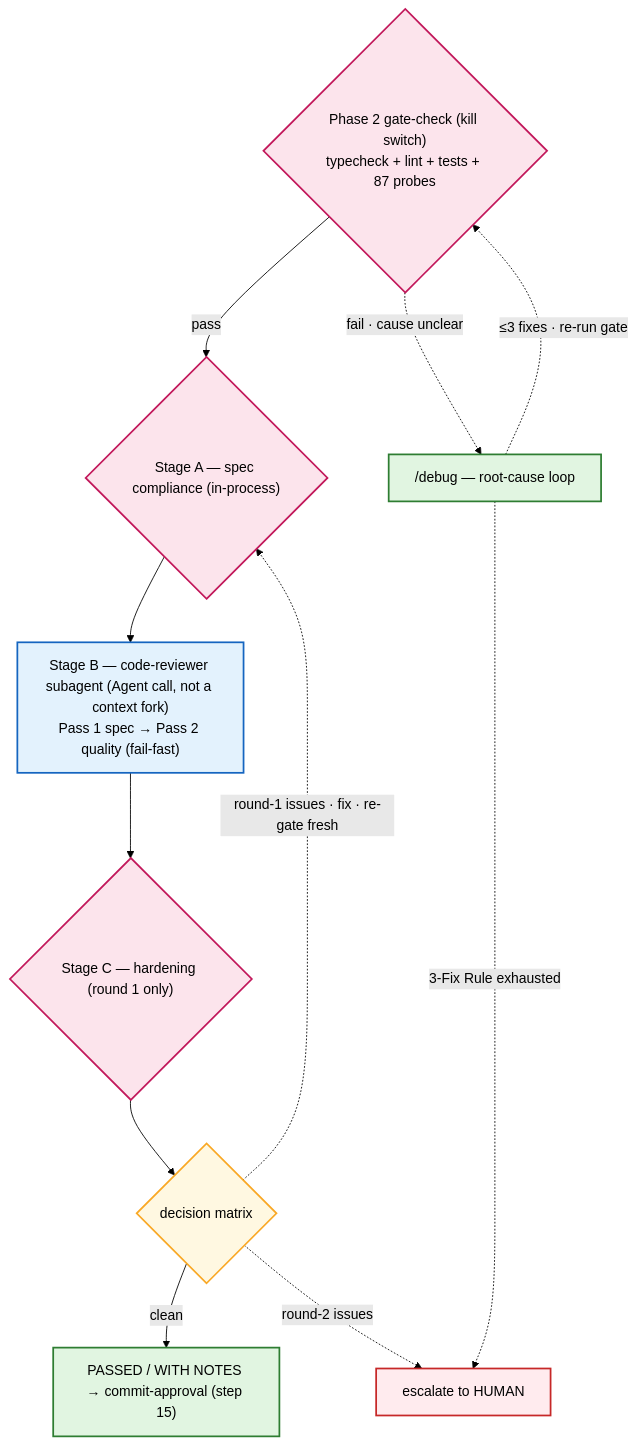
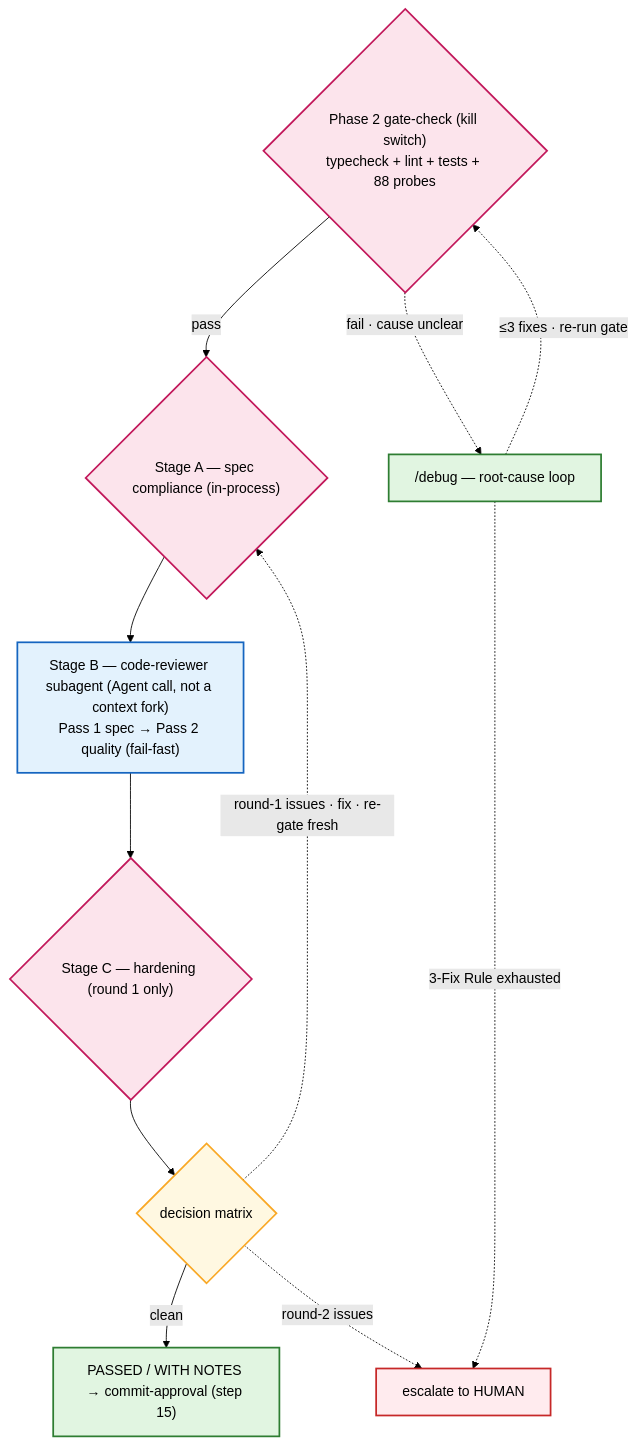
The fourth of 6 diagrams in plugins/dev-process-toolkit/docs/workflow-overview.md (nesquikm/dev-process-toolkit), drawn with Mermaid (forest theme) before and after one commit. The commit also changed other lines of this file and 35 other files, not shown here.

````diff
--- a/plugins/dev-process-toolkit/docs/workflow-overview.md
+++ b/plugins/dev-process-toolkit/docs/workflow-overview.md
@@ -124,25 +124,25 @@
 ```mermaid
 flowchart TD
     classDef eval fill:#fce4ec,stroke:#c2185b,stroke-width:2px,color:#000
     classDef fork fill:#e3f2fd,stroke:#1565c0,stroke-width:2px,color:#000
     classDef gate fill:#fff8e1,stroke:#f9a825,stroke-width:2px,color:#000
     classDef skill fill:#e1f5e1,stroke:#2e7d32,stroke-width:2px,color:#000
     classDef esc fill:#ffebee,stroke:#c62828,stroke-width:2px,color:#000
 
-    gate{"Phase 2 gate-check (kill switch)<br/>typecheck + lint + tests + 87 probes"}:::eval
+    gate{"Phase 2 gate-check (kill switch)<br/>typecheck + lint + tests + 88 probes"}:::eval
     debug["/debug — root-cause loop"]:::skill
     stageA{"Stage A — spec compliance (in-process)"}:::eval
     stageB["Stage B — code-reviewer subagent (Agent call, not a context fork)<br/>Pass 1 spec → Pass 2 quality (fail-fast)"]:::fork
     stageC{"Stage C — hardening (round 1 only)"}:::eval
     decide{"decision matrix"}:::gate
     pass["PASSED / WITH NOTES → commit-approval (step 15)"]:::skill
     esc["escalate to HUMAN"]:::esc
 
     gate -->|"pass"| stageA --> stageB --> stageC --> decide
     gate -.->|"fail · cause unclear"| debug
     debug -.->|"≤3 fixes · re-run gate"| gate
     debug -.->|"3-Fix Rule exhausted"| esc
     decide -->|"clean"| pass
     decide -.->|"round-1 issues · fix · re-gate fresh"| stageA
     decide -.->|"round-2 issues"| esc
 ```
````
